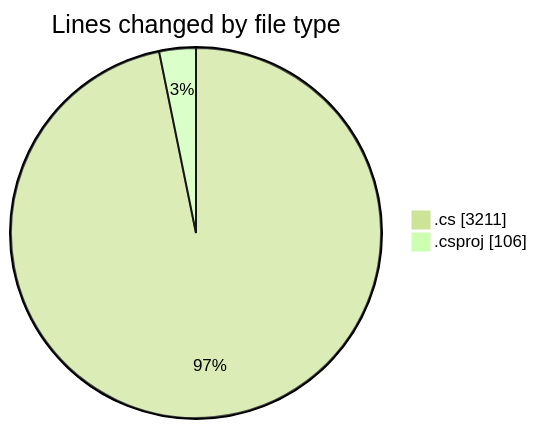
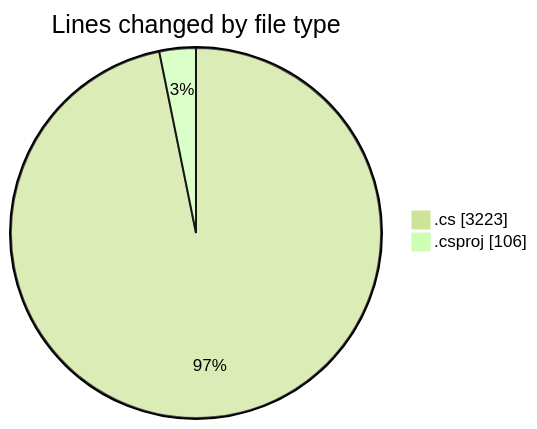
One commit to Netris89/code-tracking changed the first of 2 diagrams in 2025-04-02/back-end/README.md. Above: the diagram before and after it, drawn with Mermaid (forest theme). The commit also changed other lines of this file and 1 other file, not shown here.

````diff
--- a/2025-04-02/back-end/README.md
+++ b/2025-04-02/back-end/README.md
@@ -33,6 +33,6 @@
 ```mermaid
 pie showData
 title Lines changed by file type
-".cs" : 3211
+".cs" : 3223
 ".csproj" : 106
 ```
````
